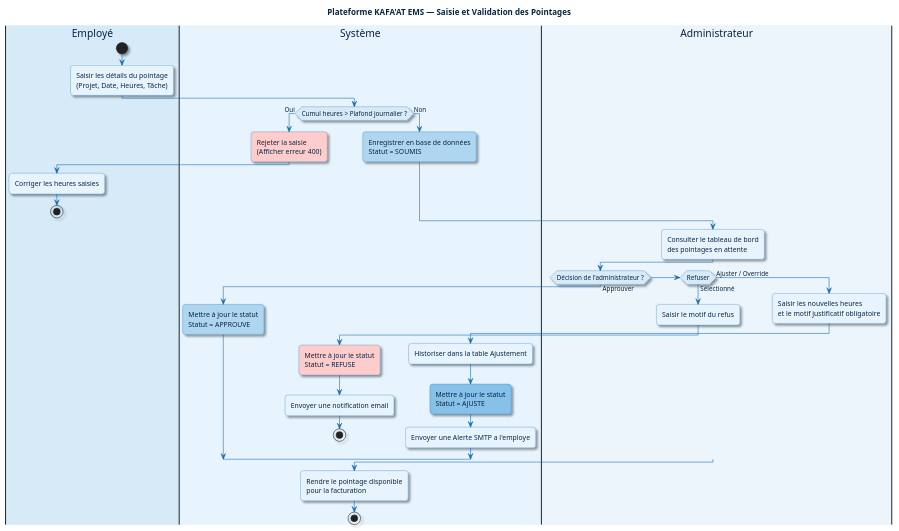
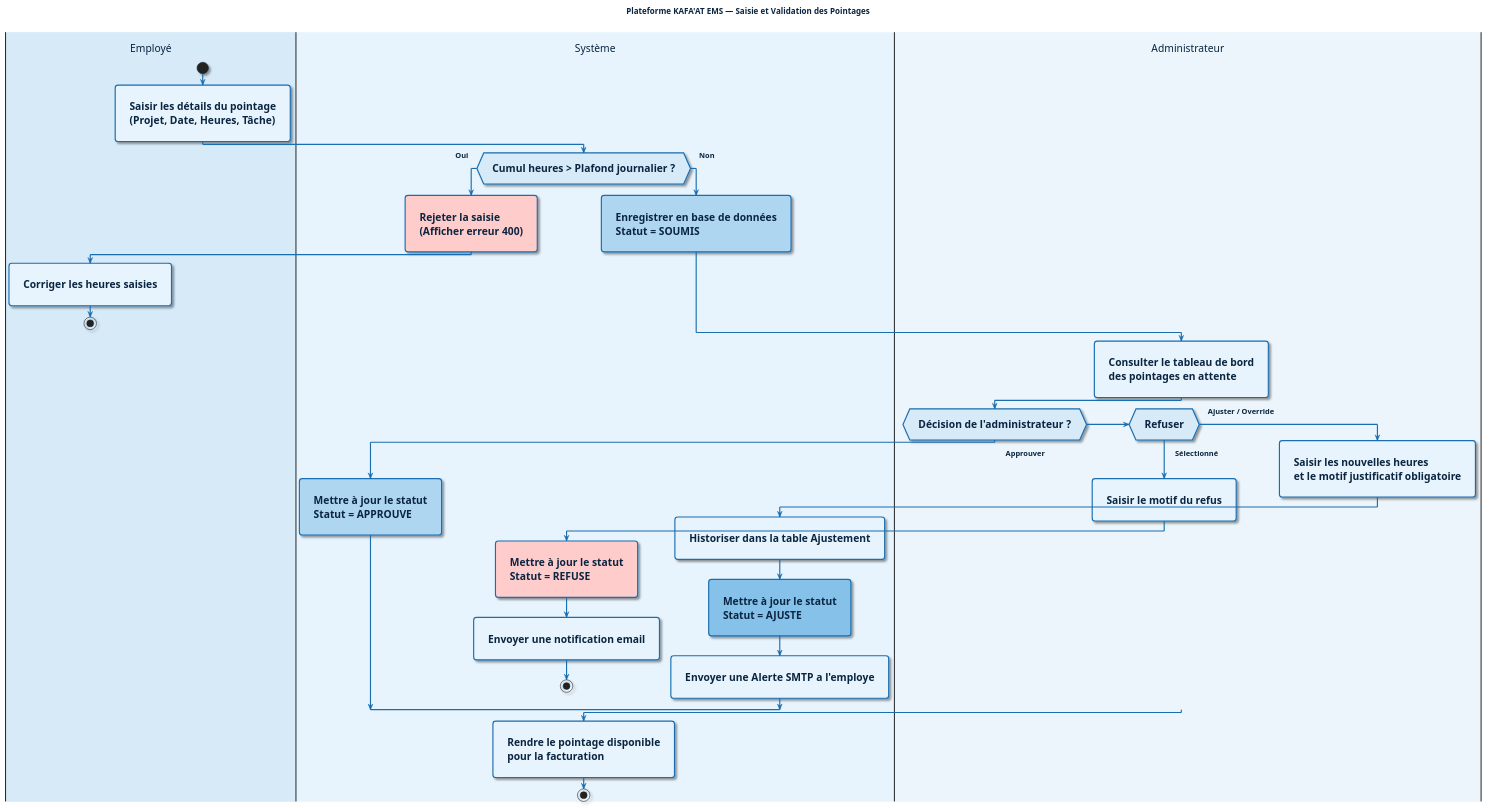
The diagram in images/PlantUML/activite-pointage.plantuml (Ed-dahmanyRedouane/rapport-pfe-kafaat-2026), drawn with PlantUML before and after one commit. The commit also changed 21 other files, not shown here.

Commit message:
docs: optimisation de la résolution et lisibilité des diagrammes PlantUML

```diff
--- a/images/PlantUML/activite-pointage.plantuml
+++ b/images/PlantUML/activite-pointage.plantuml
@@ -1,64 +1,81 @@
 @startuml
 
+' --- NOUVEAUX PARAMÈTRES POUR HD ET LISIBILITÉ ---
+skinparam Padding 15
+skinparam defaultFontSize 18
+skinparam defaultFontStyle bold
+skinparam ActivityFontSize 18
+skinparam ActivityFontStyle bold
+skinparam ActivityDiamondFontSize 18
+skinparam ActivityDiamondFontStyle bold
+skinparam ArrowFontSize 13
+skinparam ArrowFontStyle bold
+
+' --- TES PARAMÈTRES POUR ÉPAISSIR LES LIGNES ---
+skinparam arrowThickness 2
+skinparam ActivityBorderThickness 2
+skinparam PartitionBorderThickness 2
+
+' --- TES PARAMÈTRES ORIGINAUX ---
 skinparam ActivityBackgroundColor #E8F4FD
 skinparam ActivityBorderColor #1A6DAF
 skinparam ActivityDiamondBackgroundColor #D6EAF8
 skinparam ActivityDiamondBorderColor #1A6DAF
 skinparam ActivityArrowColor #1A6DAF
 skinparam defaultFontColor #0A2540
 skinparam PartitionBackgroundColor #EBF5FB
 skinparam PartitionBorderColor #1A6DAF
 skinparam PartitionFontColor #1A6DAF
-skinparam PartitionFontSize 13
+skinparam PartitionFontSize 16
 skinparam PartitionFontStyle bold
 skinparam roundcorner 10
 skinparam shadowing true
 
 title Plateforme KAFA'AT EMS — Saisie et Validation des Pointages
 
 |#D6EAF8|Employé|
 start
 :Saisir les détails du pointage\n(Projet, Date, Heures, Tâche);
 
 |#E8F4FD|Système|
 if (Cumul heures > Plafond journalier ?) then (Oui)
   #FFCCCC:Rejeter la saisie\n(Afficher erreur 400);
   |#D6EAF8|Employé|
   :Corriger les heures saisies;
   stop
 else (Non)
   |#E8F4FD|Système|
   #AED6F1:Enregistrer en base de données\nStatut = SOUMIS;
 endif
 
 |#EBF5FB|Administrateur|
 :Consulter le tableau de bord\ndes pointages en attente;
 
 if (Décision de l'administrateur ?) then (Approuver)
   |#E8F4FD|Système|
   #AED6F1:Mettre à jour le statut\nStatut = APPROUVE;
 
 elseif (Refuser) then (Sélectionné)
   |#EBF5FB|Administrateur|
   :Saisir le motif du refus;
   |#E8F4FD|Système|
   #FFCCCC:Mettre à jour le statut\nStatut = REFUSE;
   :Envoyer une notification email;
   stop 
   ' ^^^ HNA DRT L-FIX: Pointage refusé kay-7bess hna, makay-mchich l-facturation
 
 else (Ajuster / Override)
   |#EBF5FB|Administrateur|
   :Saisir les nouvelles heures\net le motif justificatif obligatoire;
   |#E8F4FD|Système|
   :Historiser dans la table Ajustement;
   #85C1E9:Mettre à jour le statut\nStatut = AJUSTE;
   :Envoyer une Alerte SMTP a l'employe;
 
 endif
 
 |#E8F4FD|Système|
 :Rendre le pointage disponible\npour la facturation;
 stop
 
 @enduml
```
